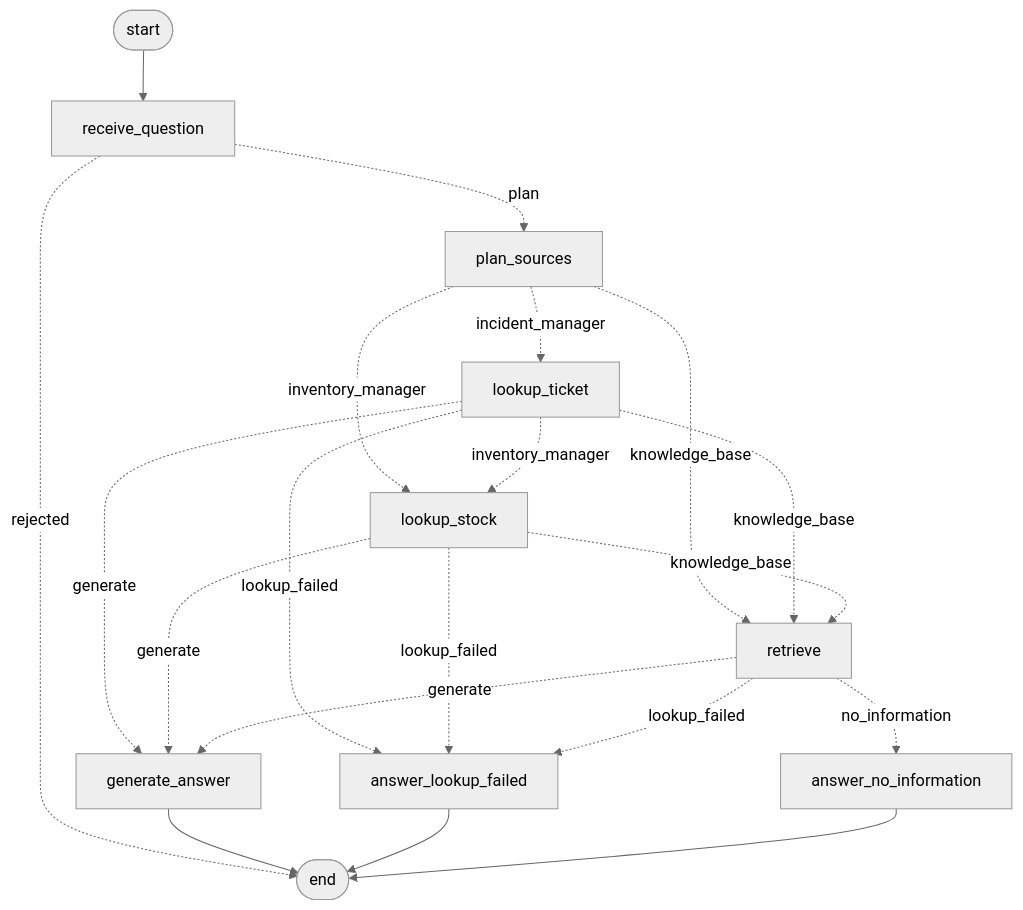
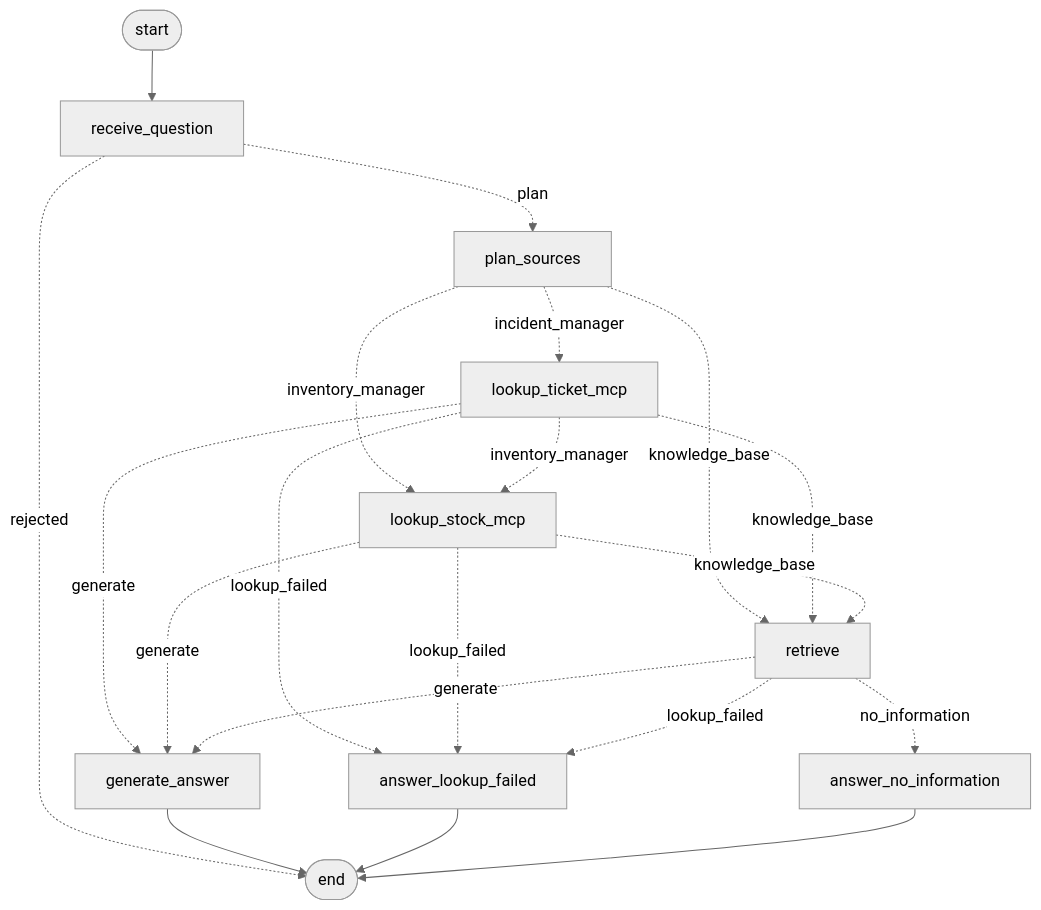
One commit to 4GeeksAcademy/MiguelN-AI-Trackflow-project changed the diagram in docs/agent/agent-graph.md. Above: the diagram before and after it, drawn with Mermaid (neutral theme). The commit also changed other lines of this file and 67 other files, not shown here.

````diff
--- a/docs/agent/agent-graph.md
+++ b/docs/agent/agent-graph.md
@@ -23,22 +24,22 @@
 ```mermaid
 graph TD;
     __start__([start]) --> receive_question;
     receive_question -. rejected .-> __end__([end]);
     receive_question -. plan .-> plan_sources;
-    plan_sources -. incident_manager .-> lookup_ticket;
-    plan_sources -. inventory_manager .-> lookup_stock;
+    plan_sources -. incident_manager .-> lookup_ticket_mcp;
+    plan_sources -. inventory_manager .-> lookup_stock_mcp;
     plan_sources -. knowledge_base .-> retrieve;
-    lookup_ticket -. inventory_manager .-> lookup_stock;
-    lookup_ticket -. knowledge_base .-> retrieve;
-    lookup_ticket -. generate .-> generate_answer;
-    lookup_ticket -. lookup_failed .-> answer_lookup_failed;
-    lookup_stock -. knowledge_base .-> retrieve;
-    lookup_stock -. generate .-> generate_answer;
-    lookup_stock -. lookup_failed .-> answer_lookup_failed;
+    lookup_ticket_mcp -. inventory_manager .-> lookup_stock_mcp;
+    lookup_ticket_mcp -. knowledge_base .-> retrieve;
+    lookup_ticket_mcp -. generate .-> generate_answer;
+    lookup_ticket_mcp -. lookup_failed .-> answer_lookup_failed;
+    lookup_stock_mcp -. knowledge_base .-> retrieve;
+    lookup_stock_mcp -. generate .-> generate_answer;
+    lookup_stock_mcp -. lookup_failed .-> answer_lookup_failed;
     retrieve -. generate .-> generate_answer;
     retrieve -. lookup_failed .-> answer_lookup_failed;
     retrieve -. no_information .-> answer_no_information;
     generate_answer --> __end__;
     answer_lookup_failed --> __end__;
     answer_no_information --> __end__;
 ```
````
